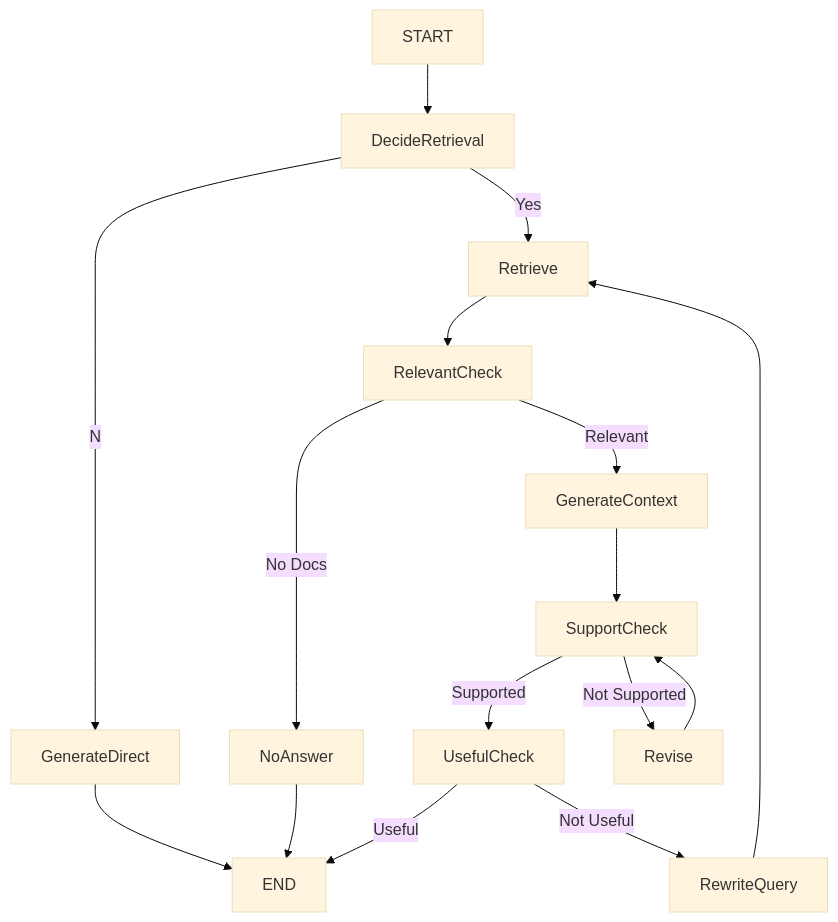
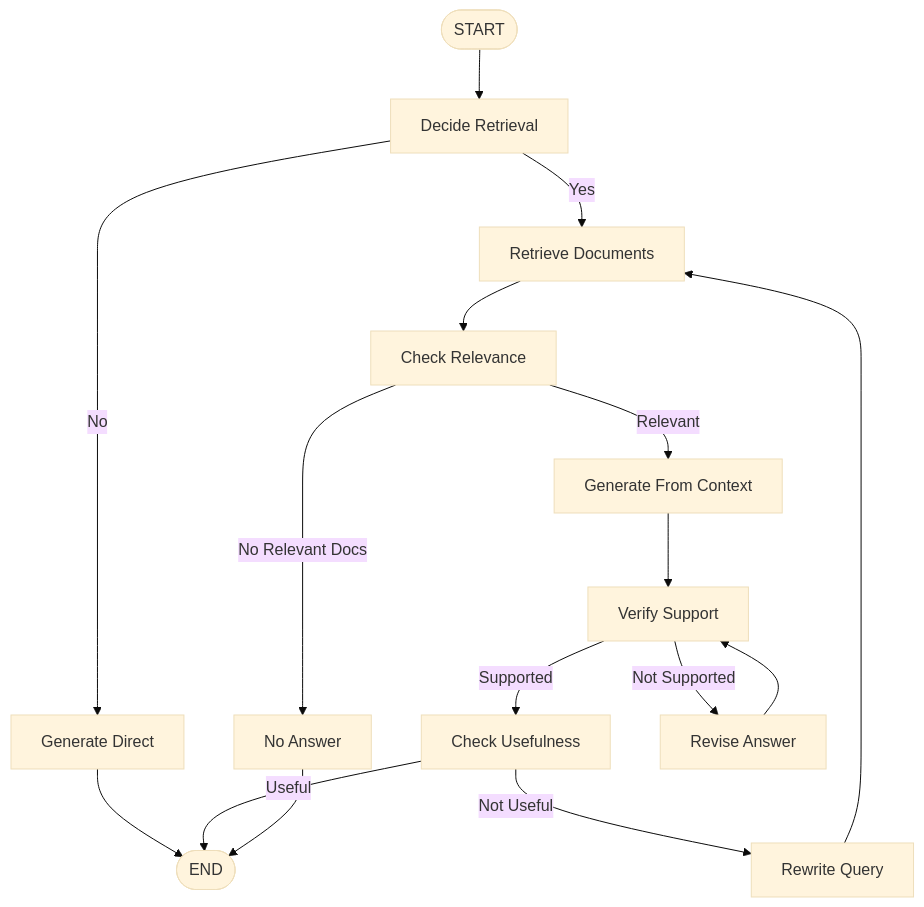
Before and after one commit to vikaskumar10134/Different-Type-RAG-Implementation: the eighth of 8 diagrams in README.md, drawn with Mermaid (base theme). The commit also changed other lines of this file, not shown here.

````diff
--- a/README.md
+++ b/README.md
@@ -594,93 +350,35 @@
 ```mermaid
 flowchart TD
 
-START
+Start([START])
 
--->
+Start --> Decide[Decide Retrieval]
 
-DecideRetrieval
+Decide -->|No| Direct[Generate Direct]
 
-DecideRetrieval
+Direct --> End([END])
 
---No-->
+Decide -->|Yes| Retrieve[Retrieve Documents]
 
-GenerateDirect
+Retrieve --> Relevant[Check Relevance]
 
-GenerateDirect
+Relevant -->|Relevant| Generate[Generate From Context]
 
--->
+Relevant -->|No Relevant Docs| NoAnswer[No Answer]
 
-END
+Generate --> Verify[Verify Support]
 
-DecideRetrieval
+Verify -->|Supported| Useful[Check Usefulness]
 
---Yes-->
+Verify -->|Not Supported| Revise[Revise Answer]
 
-Retrieve
+Revise --> Verify
 
-Retrieve
+Useful -->|Useful| End
 
--->
+Useful -->|Not Useful| Rewrite[Rewrite Query]
 
-RelevantCheck
+Rewrite --> Retrieve
 
-RelevantCheck
-
---No Docs-->
-
-NoAnswer
-
-RelevantCheck
-
---Relevant-->
-
-GenerateContext
-
-GenerateContext
-
--->
-
-SupportCheck
-
-SupportCheck
-
---Supported-->
-
-UsefulCheck
-
-SupportCheck
-
---Not Supported-->
-
-Revise
-
-Revise
-
--->
-
-SupportCheck
-
-UsefulCheck
-
---Useful-->
-
-END
-
-UsefulCheck
-
---Not Useful-->
-
-RewriteQuery
-
-RewriteQuery
-
--->
-
-Retrieve
-
-NoAnswer
-
--->
-
-END
+NoAnswer --> End
 ```
````
